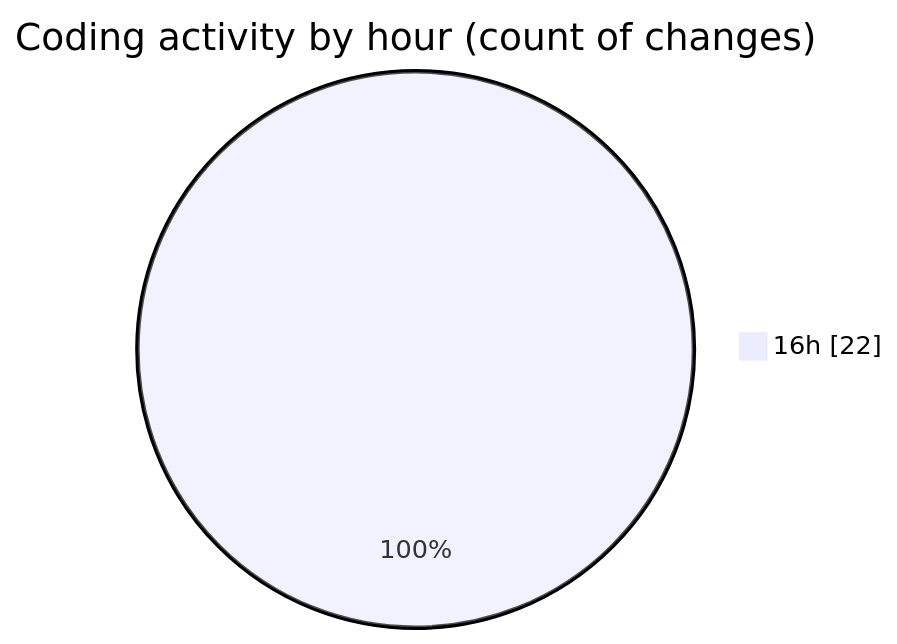
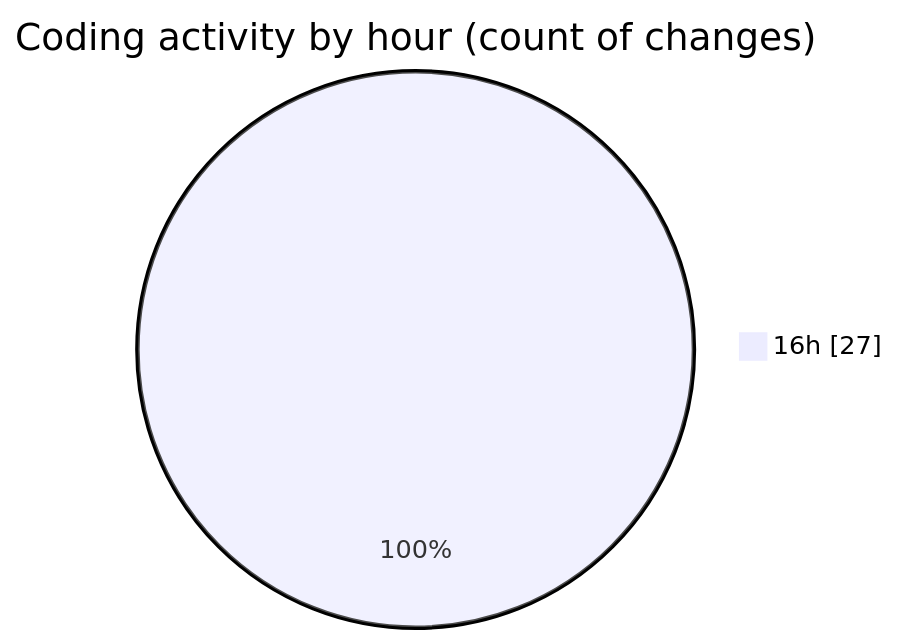
Before and after one commit to robertbonfada/code-tracking: the second of 2 diagrams in 2025-03-11/mbc-web/README.md, drawn with Mermaid. The commit also changed other lines of this file and 1 other file, not shown here.

````diff
--- a/2025-03-11/mbc-web/README.md
+++ b/2025-03-11/mbc-web/README.md
@@ -31,5 +31,5 @@
 ```mermaid
 pie showData
 title Coding activity by hour (count of changes)
-"16h" : 22
+"16h" : 27
 ```
````
